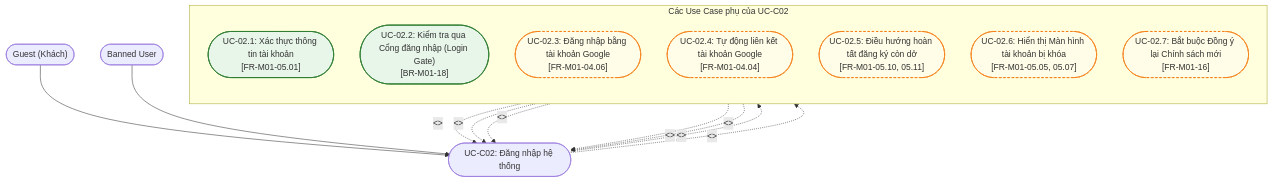
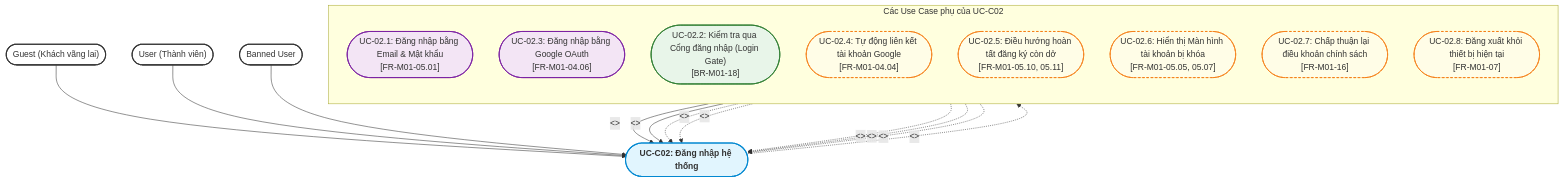
One commit to dat2k42004/iShare changed the third of 7 diagrams in docs/specs/us/US-M01.md. Above: the diagram before and after it, drawn with Mermaid. The commit also changed other lines of this file, not shown here.

````diff
--- a/docs/specs/us/US-M01.md
+++ b/docs/specs/us/US-M01.md
@@ -211,35 +249,49 @@
 ```mermaid
 flowchart TB
-    Guest(["Guest (Khách)"]) --> UC_C02(["UC-C02: Đăng nhập hệ thống"])
+    Guest(["Guest (Khách vãng lai)"]) --> UC_C02(["UC-C02: Đăng nhập hệ thống"])
+    User(["User (Thành viên)"]) --> UC_C02
     BannedUser(["Banned User"]) --> UC_C02
 
     subgraph Sub_UCC02 ["Các Use Case phụ của UC-C02"]
         direction TB
+        %% Kế thừa / Cha - Con (Generalization)
+        GEN_CRED_LOGIN(["UC-02.1: Đăng nhập bằng Email & Mật khẩu<br/>[FR-M01-05.01]"])
+        GEN_GOOGLE_LOGIN(["UC-02.3: Đăng nhập bằng Google OAuth<br/>[FR-M01-04.06]"])
+
         %% Bắt buộc (Include)
-        INC_AUTH(["UC-02.1: Xác thực thông tin tài khoản<br/>[FR-M01-05.01]"])
         INC_GATE(["UC-02.2: Kiểm tra qua Cổng đăng nhập (Login Gate)<br/>[BR-M01-18]"])
 
         %% Tùy chọn / Mở rộng (Extend)
-        EXT_GLOGIN(["UC-02.3: Đăng nhập bằng tài khoản Google<br/>[FR-M01-04.06]"])
         EXT_AUTOLINK(["UC-02.4: Tự động liên kết tài khoản Google<br/>[FR-M01-04.04]"])
         EXT_RESUME(["UC-02.5: Điều hướng hoàn tất đăng ký còn dở<br/>[FR-M01-05.10, 05.11]"])
         EXT_BANSCREEN(["UC-02.6: Hiển thị Màn hình tài khoản bị khóa<br/>[FR-M01-05.05, 05.07]"])
-        EXT_RECONSENT(["UC-02.7: Bắt buộc Đồng ý lại Chính sách mới<br/>[FR-M01-16]"])
+        EXT_RECONSENT(["UC-02.7: Chấp thuận lại điều khoản chính sách<br/>[FR-M01-16]"])
+        EXT_LOGOUT(["UC-02.8: Đăng xuất khỏi thiết bị hiện tại<br/>[FR-M01-07]"])
     end
 
+    %% Quan hệ Generalization
+    GEN_CRED_LOGIN -->|"<<generalization>>"| UC_C02
+    GEN_GOOGLE_LOGIN -->|"<<generalization>>"| UC_C02
+
     %% Quan hệ Include
-    UC_C02 -.->|"<<include>>"| INC_AUTH
     UC_C02 -.->|"<<include>>"| INC_GATE
 
     %% Quan hệ Extend
-    EXT_GLOGIN -.->|"<<extend>>"| UC_C02
     EXT_AUTOLINK -.->|"<<extend>>"| UC_C02
     EXT_RESUME -.->|"<<extend>>"| UC_C02
     EXT_BANSCREEN -.->|"<<extend>>"| UC_C02
     EXT_RECONSENT -.->|"<<extend>>"| UC_C02
+    EXT_LOGOUT -.->|"<<extend>>"| UC_C02
 
+    classDef actorStyle fill:#ffffff,stroke:#333333,stroke-width:2px;
+    classDef coreUC fill:#e1f5fe,stroke:#0288d1,stroke-width:2px,font-weight:bold;
     classDef incStyle fill:#e8f5e9,stroke:#2e7d32,stroke-width:1.5px;
     classDef extStyle fill:#fffde7,stroke:#f57f17,stroke-width:1.5px,stroke-dasharray: 4 4;
-    class INC_AUTH,INC_GATE incStyle;
-    class EXT_GLOGIN,EXT_AUTOLINK,EXT_RESUME,EXT_BANSCREEN,EXT_RECONSENT extStyle;
+    classDef genStyle fill:#f3e5f5,stroke:#7b1fa2,stroke-width:1.5px;
+
+    class Guest,User,BannedUser actorStyle;
+    class UC_C02 coreUC;
+    class GEN_CRED_LOGIN,GEN_GOOGLE_LOGIN genStyle;
+    class INC_GATE incStyle;
+    class EXT_AUTOLINK,EXT_RESUME,EXT_BANSCREEN,EXT_RECONSENT,EXT_LOGOUT extStyle;
 ```
````
